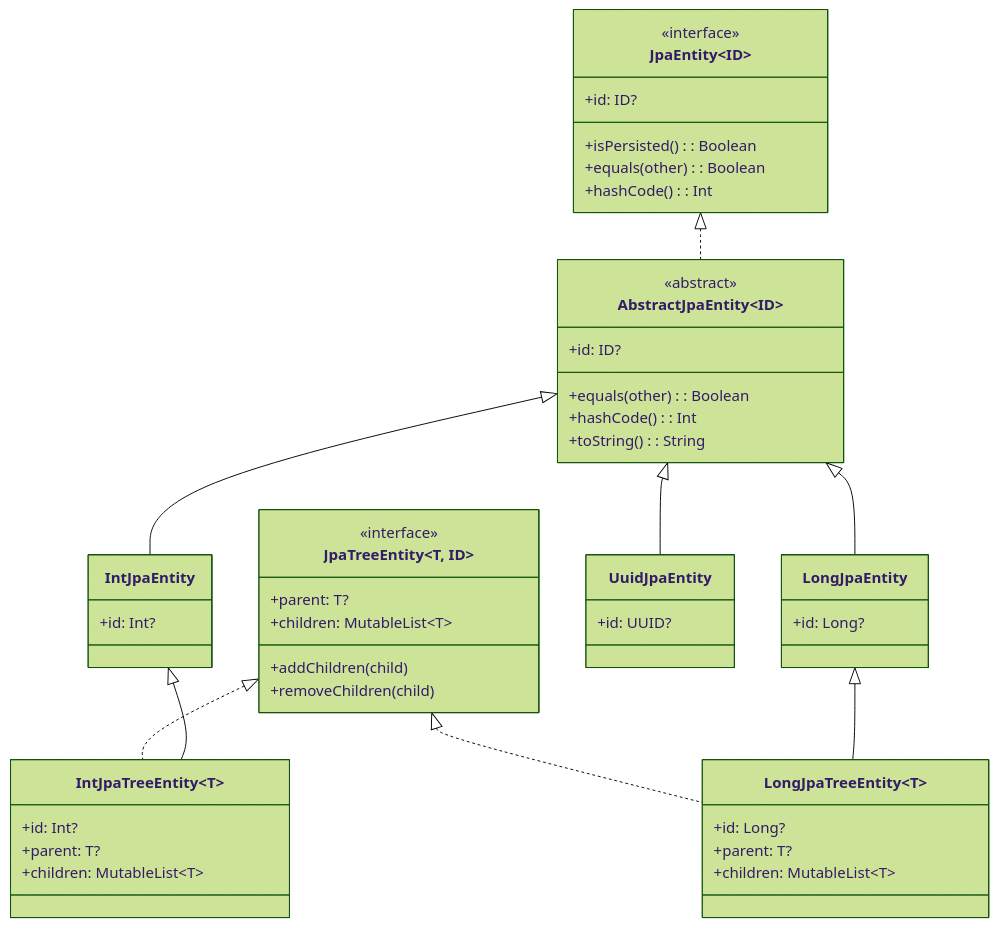
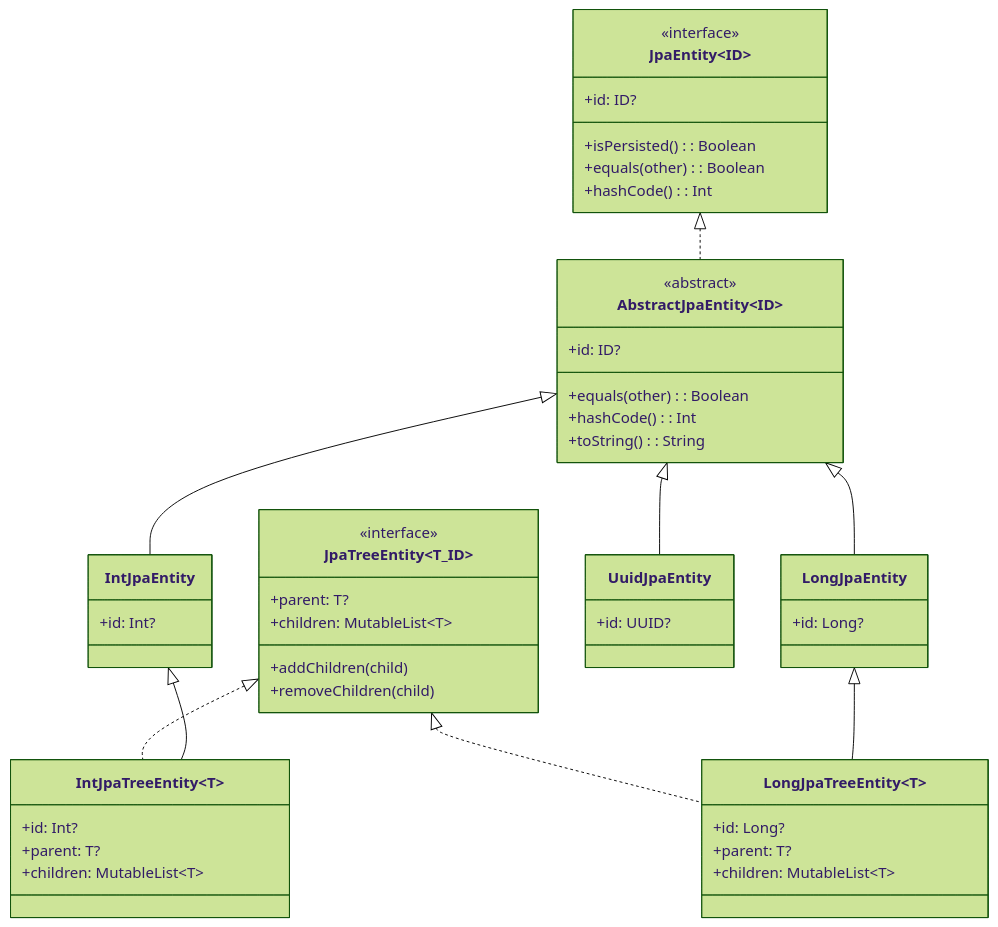
One commit to bluetape4k/bluetape4k-projects changed the second of 3 diagrams in data/hibernate/README.md. Above: the diagram before and after it, drawn with Mermaid (forest theme). The commit also changed other lines of this file and 95 other files, not shown here.

First line of the commit message:
docs: Mermaid 파서 오류 전체 수정 (IntelliJ IDEA 호환)

````diff
--- a/data/hibernate/README.md
+++ b/data/hibernate/README.md
@@ -541,52 +538,52 @@
 ```mermaid
 classDiagram
     class JpaEntity~ID~ {
         <<interface>>
         +id: ID?
         +isPersisted(): Boolean
         +equals(other): Boolean
         +hashCode(): Int
     }
     class AbstractJpaEntity~ID~ {
         <<abstract>>
         +id: ID?
         +equals(other): Boolean
         +hashCode(): Int
         +toString(): String
     }
     class IntJpaEntity {
         +id: Int?
     }
     class LongJpaEntity {
         +id: Long?
     }
     class UuidJpaEntity {
         +id: UUID?
     }
-    class JpaTreeEntity~T, ID~ {
+    class JpaTreeEntity~T_ID~ {
         <<interface>>
         +parent: T?
         +children: MutableList~T~
         +addChildren(child)
         +removeChildren(child)
     }
     class LongJpaTreeEntity~T~ {
         +id: Long?
         +parent: T?
         +children: MutableList~T~
     }
     class IntJpaTreeEntity~T~ {
         +id: Int?
         +parent: T?
         +children: MutableList~T~
     }
 
     JpaEntity <|.. AbstractJpaEntity
     AbstractJpaEntity <|-- IntJpaEntity
     AbstractJpaEntity <|-- LongJpaEntity
     AbstractJpaEntity <|-- UuidJpaEntity
     JpaTreeEntity <|.. LongJpaTreeEntity
     JpaTreeEntity <|.. IntJpaTreeEntity
     LongJpaEntity <|-- LongJpaTreeEntity
     IntJpaEntity <|-- IntJpaTreeEntity
 ```
````
